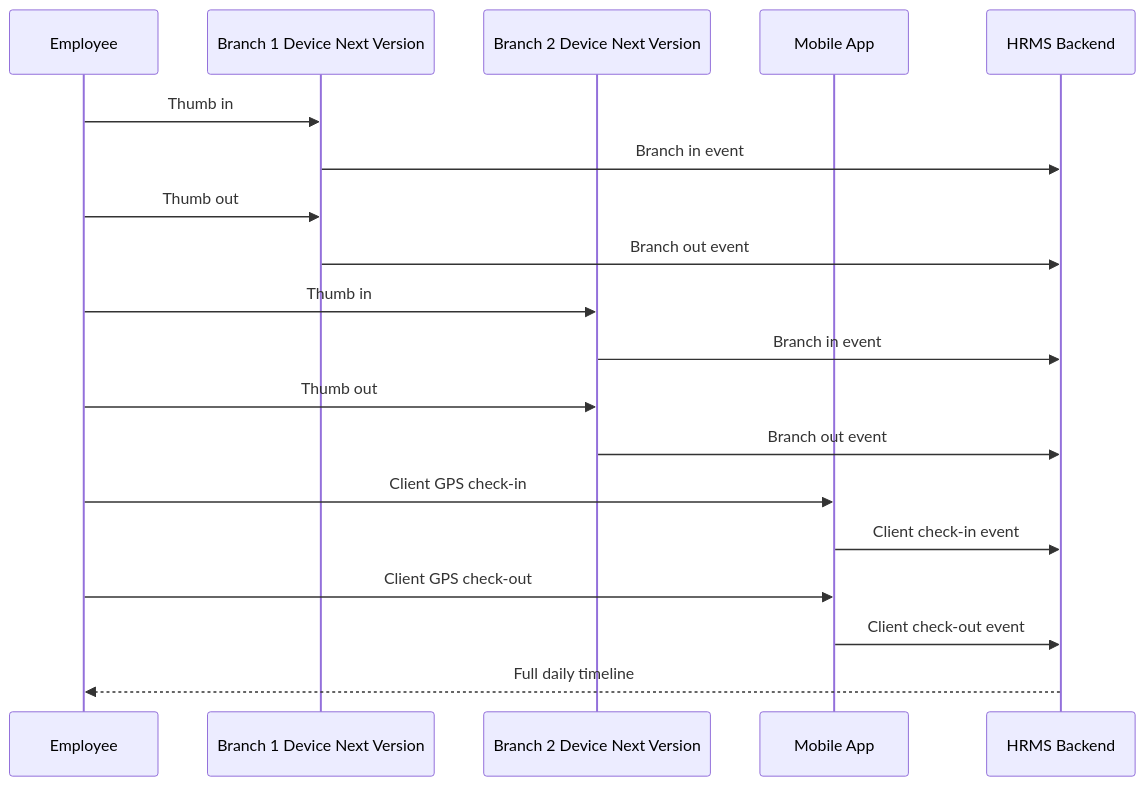
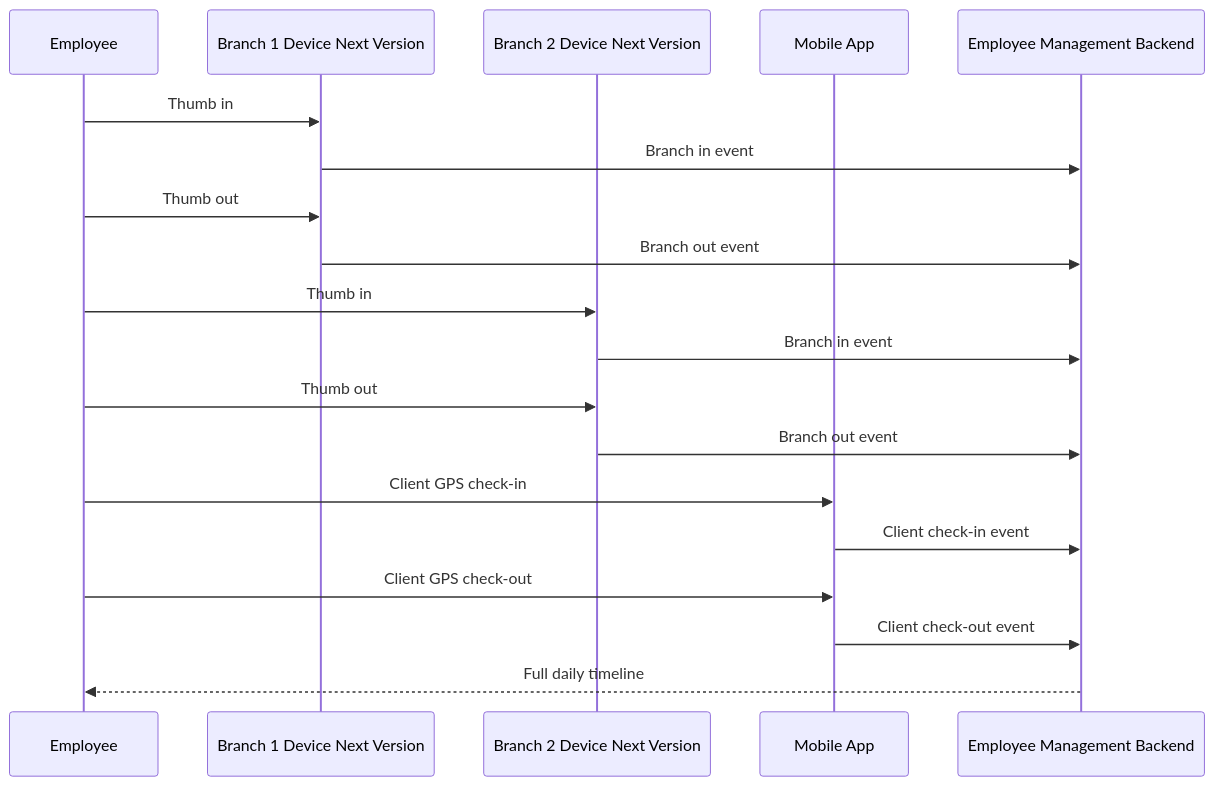
The first of 2 diagrams in docs/USER_GUIDE.md (Sameerreddy-ATD/Atd-Hrms), drawn with Mermaid before and after one commit. The commit also changed other lines of this file and 31 other files, not shown here.

Commit message:
Complete employee management workflows and documentation

````diff
--- a/docs/USER_GUIDE.md
+++ b/docs/USER_GUIDE.md
@@ -75,22 +66,22 @@
 ```mermaid
 sequenceDiagram
   participant Employee
   participant Branch1 as Branch 1 Device Next Version
   participant Branch2 as Branch 2 Device Next Version
   participant Mobile as Mobile App
-  participant HRMS as HRMS Backend
+  participant EMS as Employee Management Backend
 
   Employee->>Branch1: Thumb in
-  Branch1->>HRMS: Branch in event
+  Branch1->>EMS: Branch in event
   Employee->>Branch1: Thumb out
-  Branch1->>HRMS: Branch out event
+  Branch1->>EMS: Branch out event
   Employee->>Branch2: Thumb in
-  Branch2->>HRMS: Branch in event
+  Branch2->>EMS: Branch in event
   Employee->>Branch2: Thumb out
-  Branch2->>HRMS: Branch out event
+  Branch2->>EMS: Branch out event
   Employee->>Mobile: Client GPS check-in
-  Mobile->>HRMS: Client check-in event
+  Mobile->>EMS: Client check-in event
   Employee->>Mobile: Client GPS check-out
-  Mobile->>HRMS: Client check-out event
-  HRMS-->>Employee: Full daily timeline
+  Mobile->>EMS: Client check-out event
+  EMS-->>Employee: Full daily timeline
 ```
````
